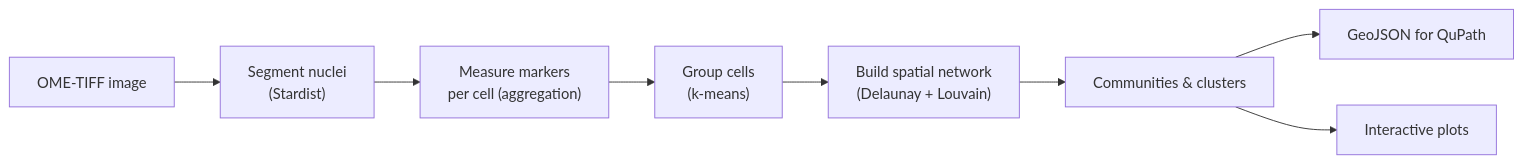
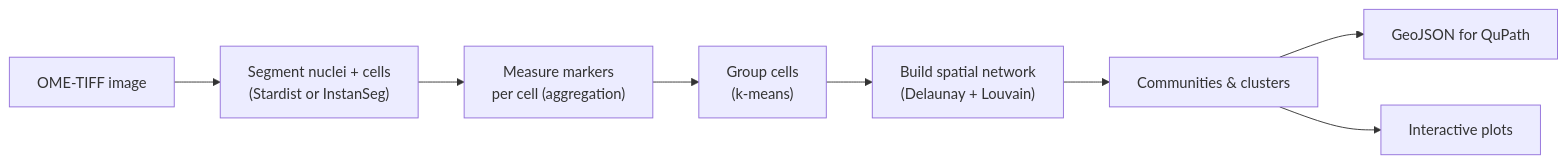
Before and after one commit to FrancisCrickInstitute/CellSurvey: the diagram in docs/index.md, drawn with Mermaid. The commit also changed other lines of this file and 19 other files, not shown here.

Commit message:
Add InstanSeg support with separate pixi environments

````diff
--- a/docs/index.md
+++ b/docs/index.md
@@ -9,10 +9,10 @@
 ```mermaid
 flowchart LR
-    A["OME-TIFF image"] --> B["Segment nuclei<br>(Stardist)"]
+    A["OME-TIFF image"] --> B["Segment nuclei + cells<br>(Stardist or InstanSeg)"]
     B --> C["Measure markers<br>per cell (aggregation)"]
     C --> D["Group cells<br>(k-means)"]
     D --> E["Build spatial network<br>(Delaunay + Louvain)"]
     E --> F["Communities & clusters"]
     F --> G["GeoJSON for QuPath"]
     F --> H["Interactive plots"]
 ```
````
